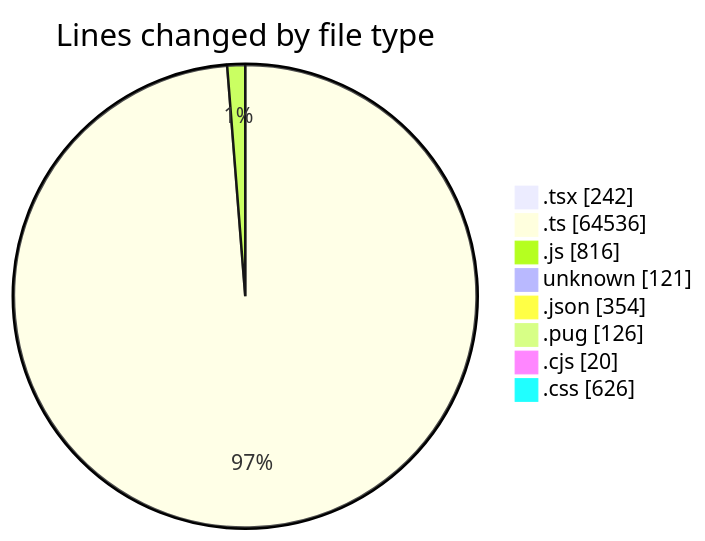
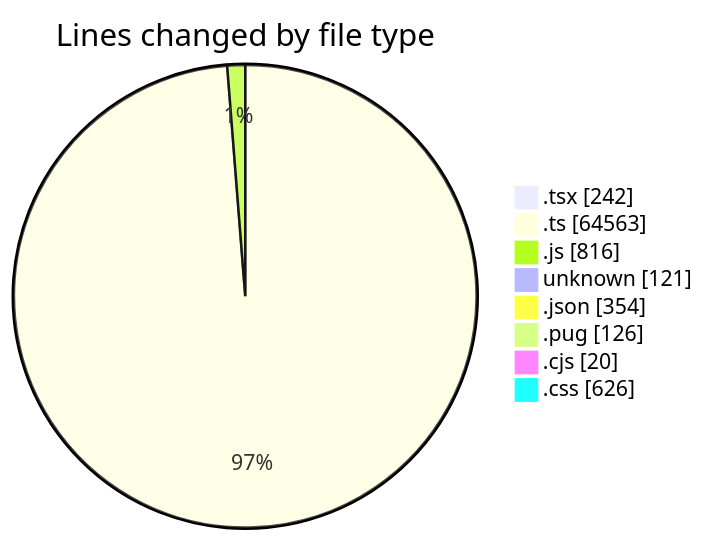
The first of 2 diagrams in 2026-06-01/cda/README.md (momahboobian/code-tracking), drawn with Mermaid before and after one commit. The commit also changed other lines of this file and 1 other file, not shown here.

````diff
--- a/2026-06-01/cda/README.md
+++ b/2026-06-01/cda/README.md
@@ -70,12 +70,12 @@
 ```mermaid
 pie showData
 title Lines changed by file type
 ".tsx" : 242
-".ts" : 64536
+".ts" : 64563
 ".js" : 816
 "unknown" : 121
 ".json" : 354
 ".pug" : 126
 ".cjs" : 20
 ".css" : 626
 ```
````
